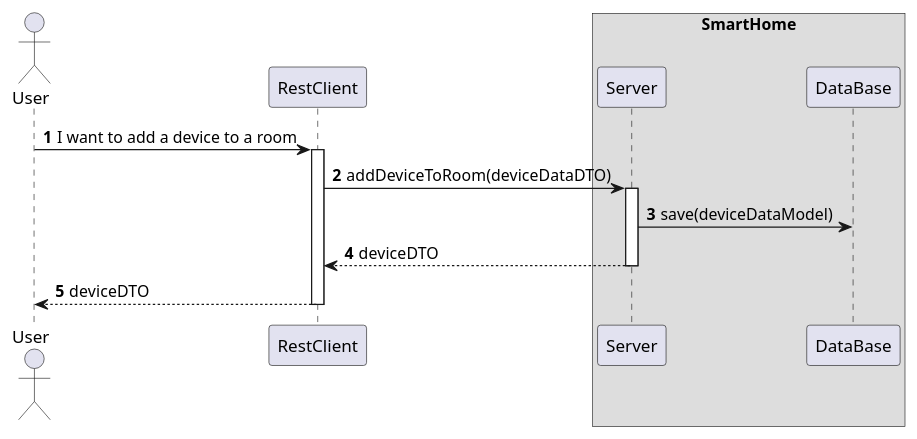
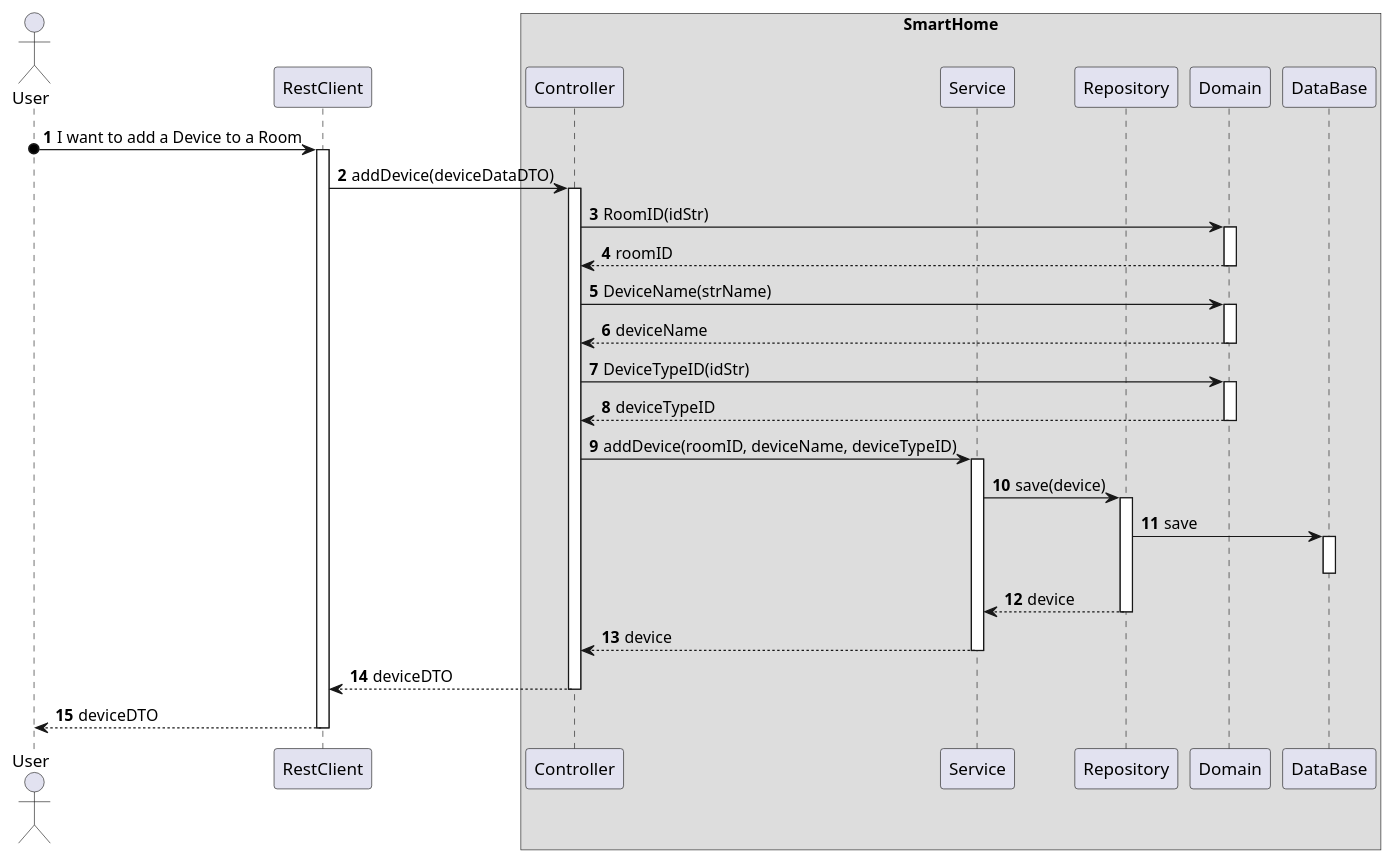
One commit to olivDiogo/SmartHome changed the diagram in docs/ooa/C4_4plus1_models/Level3/ProcessView/ProcessViewLevel3_UC05.puml. Above: the diagram before and after it, drawn with PlantUML. The commit also changed 119 other files, not shown here.

Commit message:
docs: added Process View diagrams for UC16 (US37) - #490

```diff
--- a/docs/ooa/C4_4plus1_models/Level3/ProcessView/ProcessViewLevel3_UC05.puml
+++ b/docs/ooa/C4_4plus1_models/Level3/ProcessView/ProcessViewLevel3_UC05.puml
@@ -1,30 +1,61 @@
 @startuml
 'https://plantuml.com/sequence-diagram
 !pragma layout smetana
 
 autonumber
 
 actor "User" as User
 participant "RestClient" as RC
 
 box "SmartHome"
-    participant "Server" as SV
+    participant "Controller" as CTRL
+    participant "Service" as SV
+    participant "Repository" as REPO
+    participant "Domain" as DOM
     participant "DataBase" as BD
 end box
 
-User -> RC : I want to add a device to a room
+User o-> RC : I want to add a Device to a Room
 activate RC
 
-RC -> SV : addDeviceToRoom(deviceDataDTO)
+RC -> CTRL : addDevice(deviceDataDTO)
+activate CTRL
+
+CTRL -> DOM : RoomID(idStr)
+activate DOM
+DOM --> CTRL : roomID
+deactivate DOM
+
+CTRL -> DOM : DeviceName(strName)
+activate DOM
+DOM --> CTRL : deviceName
+deactivate DOM
+
+CTRL -> DOM : DeviceTypeID(idStr)
+activate DOM
+DOM --> CTRL : deviceTypeID
+deactivate DOM
+
+CTRL -> SV : addDevice(roomID, deviceName, deviceTypeID)
 activate SV
 
-SV -> BD : save(deviceDataModel)
+SV -> REPO : save(device)
+activate REPO
+REPO -> BD : save
+activate BD
+deactivate BD
+REPO --> SV : device
+deactivate REPO
 
-SV --> RC : deviceDTO
+SV --> CTRL : device
 deactivate SV
+
+
+CTRL --> RC : deviceDTO
+deactivate CTRL
 
 RC --> User : deviceDTO
 deactivate RC
 
 
 @enduml
```
